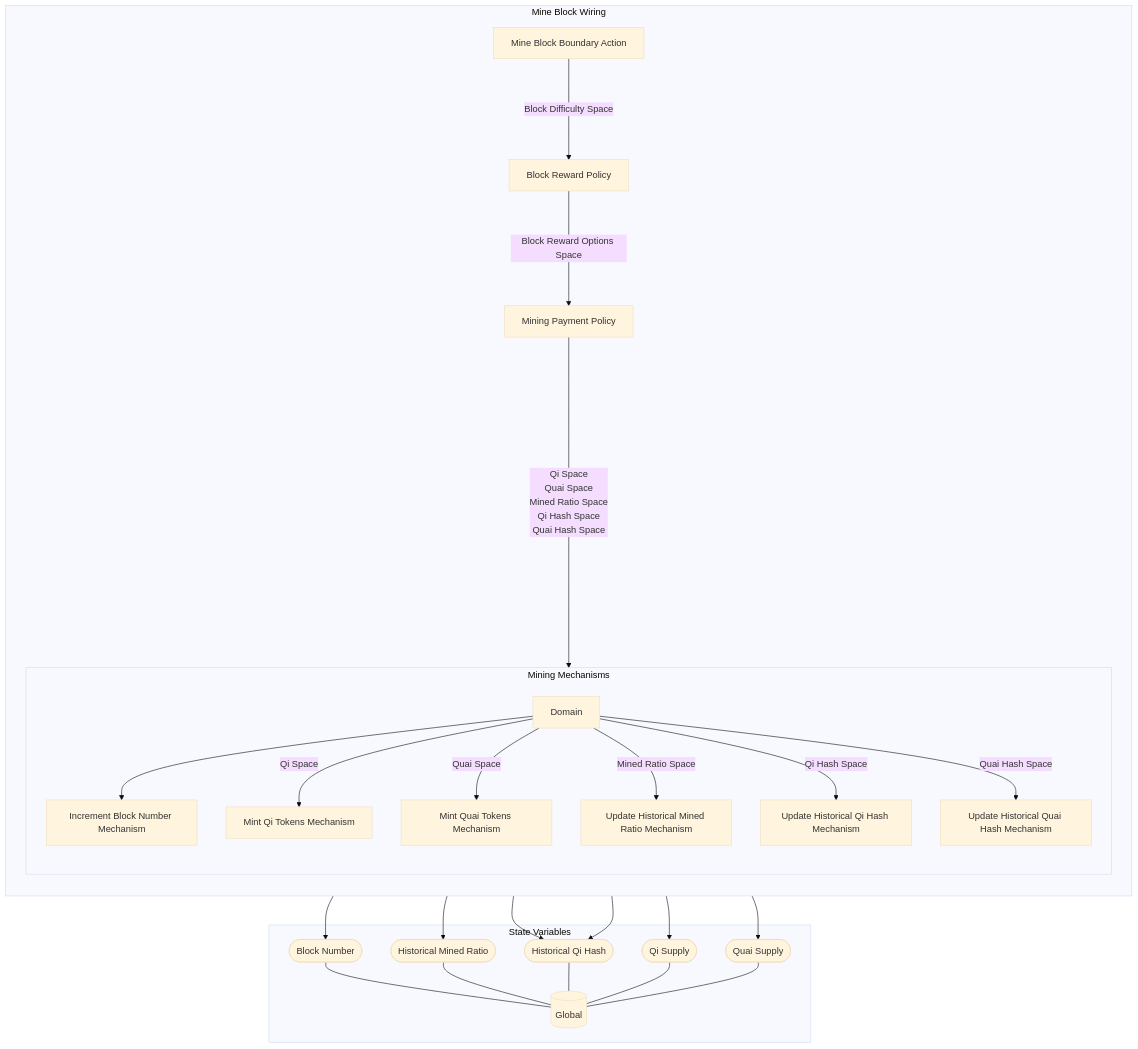
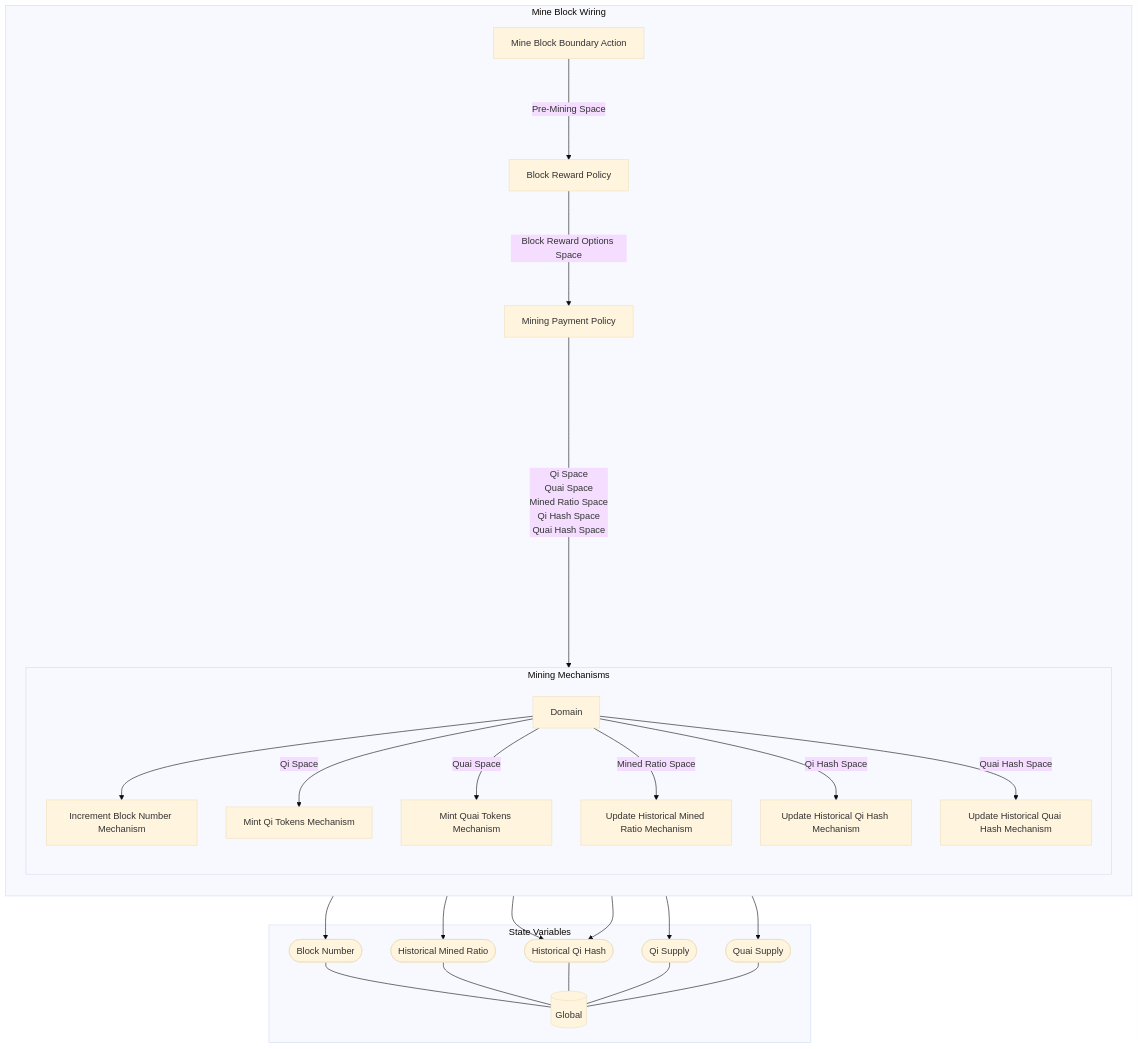
Before and after one commit to dominant-strategies/Quai-Macro-Model: the diagram in Research/MSML Scaffold/Wiring/Mine Block Wiring.md, drawn with Mermaid (base theme). The commit also changed other lines of this file and 20 other files, not shown here.

Commit message:
Pre-mining space

````diff
--- a/Research/MSML Scaffold/Wiring/Mine Block Wiring.md
+++ b/Research/MSML Scaffold/Wiring/Mine Block Wiring.md
@@ -3,56 +3,56 @@
 ```mermaid
 graph TB
 
 subgraph SVS["State Variables"]
 EE0[("Global")]
 EES0(["Block Number"])
 EES0 --- EE0
 EES1(["Historical Mined Ratio"])
 EES1 --- EE0
 EES2(["Historical Qi Hash"])
 EES2 --- EE0
 EES3(["Qi Supply"])
 EES3 --- EE0
 EES4(["Quai Supply"])
 EES4 --- EE0
 end
 
 subgraph X13["Mine Block Wiring"]
 direction TB
 X1["Mine Block Boundary Action"]
 X2["Block Reward Policy"]
 X3["Mining Payment Policy"]
 subgraph X12["Mining Mechanisms"]
 direction TB
 X4["Increment Block Number Mechanism"]
 X4 --> EES0
 X5["Mint Qi Tokens Mechanism"]
 X5 --> EES3
 X6["Mint Quai Tokens Mechanism"]
 X6 --> EES4
 X7["Update Historical Mined Ratio Mechanism"]
 X7 --> EES1
 X8["Update Historical Qi Hash Mechanism"]
 X8 --> EES2
 X9["Update Historical Quai Hash Mechanism"]
 X9 --> EES2
 X10[Domain]
 
 direction LR
 direction TB
 X10 --> X4
 X10 --"Qi Space"--> X5
 X10 --"Quai Space"--> X6
 X10 --"Mined Ratio Space"--> X7
 X10 --"Qi Hash Space"--> X8
 X10 --"Quai Hash Space"--> X9
 end
-X1--"Block Difficulty Space"--->X2
+X1--"Pre-Mining Space"--->X2
 X2--"Block Reward Options Space"--->X3
 X3--"Qi Space
 Quai Space
 Mined Ratio Space
 Qi Hash Space
 Quai Hash Space"------->X12
 end
 ```
````
